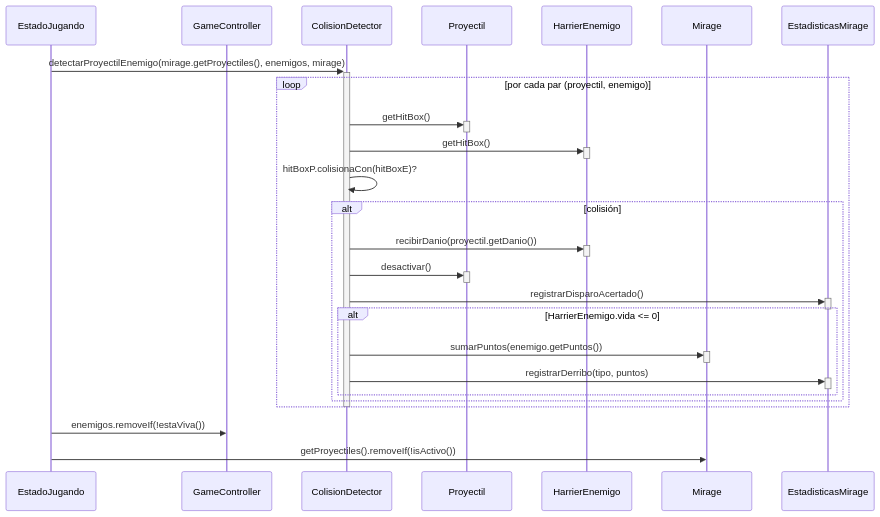
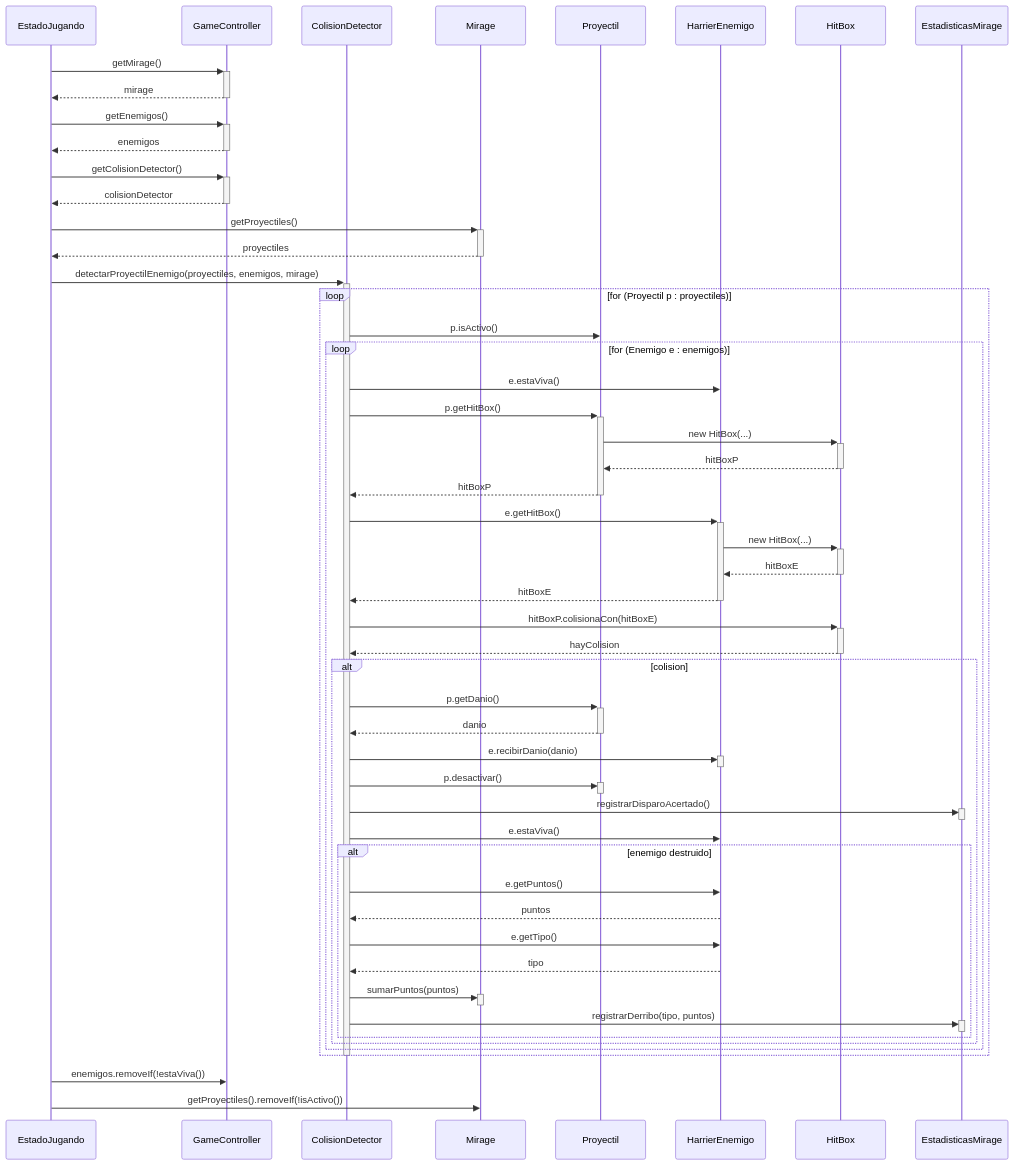
Before and after one commit to Christian-Rojas-Rodriguez/juego-1982: the fifth of 9 diagrams in docs/v1/analisis/casos-de-uso.md, drawn with Mermaid. The commit also changed 1 other file, not shown here.

Commit message:
docs: modificar CD y SD del UC-04

````diff
--- a/docs/v1/analisis/casos-de-uso.md
+++ b/docs/v1/analisis/casos-de-uso.md
@@ -160,36 +160,63 @@
 ```mermaid
 sequenceDiagram
     participant EstadoJugando
     participant GameController
     participant ColisionDetector
+    participant Mirage
     participant Proyectil
     participant HarrierEnemigo
-    participant Mirage
+    participant HitBox
     participant EstadisticasMirage
 
-    EstadoJugando->>+ColisionDetector: detectarProyectilEnemigo(mirage.getProyectiles(), enemigos, mirage)
-    loop por cada par (proyectil, enemigo)
-        ColisionDetector->>+Proyectil: getHitBox()
-        deactivate Proyectil
-        ColisionDetector->>+HarrierEnemigo: getHitBox()
-        deactivate HarrierEnemigo
-        ColisionDetector->>ColisionDetector: hitBoxP.colisionaCon(hitBoxE)?
-        alt colisión
-            ColisionDetector->>+HarrierEnemigo: recibirDanio(proyectil.getDanio())
-            deactivate HarrierEnemigo
-            ColisionDetector->>+Proyectil: desactivar()
-            deactivate Proyectil
-            ColisionDetector->>+EstadisticasMirage: registrarDisparoAcertado()
-            deactivate EstadisticasMirage
-            alt HarrierEnemigo.vida <= 0
-                ColisionDetector->>+Mirage: sumarPuntos(enemigo.getPuntos())
-                deactivate Mirage
-                ColisionDetector->>+EstadisticasMirage: registrarDerribo(tipo, puntos)
+    EstadoJugando->>+GameController: getMirage()
+    GameController-->>-EstadoJugando: mirage
+    EstadoJugando->>+GameController: getEnemigos()
+    GameController-->>-EstadoJugando: enemigos
+    EstadoJugando->>+GameController: getColisionDetector()
+    GameController-->>-EstadoJugando: colisionDetector
+    EstadoJugando->>+Mirage: getProyectiles()
+    Mirage-->>-EstadoJugando: proyectiles
+
+    EstadoJugando->>+ColisionDetector: detectarProyectilEnemigo(proyectiles, enemigos, mirage)
+    loop for (Proyectil p : proyectiles)
+        ColisionDetector->>Proyectil: p.isActivo()
+        loop for (Enemigo e : enemigos)
+            ColisionDetector->>HarrierEnemigo: e.estaViva()
+            ColisionDetector->>+Proyectil: p.getHitBox()
+            Proyectil->>+HitBox: new HitBox(...)
+            HitBox-->>-Proyectil: hitBoxP
+            Proyectil-->>-ColisionDetector: hitBoxP
+            ColisionDetector->>+HarrierEnemigo: e.getHitBox()
+            HarrierEnemigo->>+HitBox: new HitBox(...)
+            HitBox-->>-HarrierEnemigo: hitBoxE
+            HarrierEnemigo-->>-ColisionDetector: hitBoxE
+            ColisionDetector->>+HitBox: hitBoxP.colisionaCon(hitBoxE)
+            HitBox-->>-ColisionDetector: hayColision
+            alt colision
+                ColisionDetector->>+Proyectil: p.getDanio()
+                Proyectil-->>-ColisionDetector: danio
+                ColisionDetector->>+HarrierEnemigo: e.recibirDanio(danio)
+                deactivate HarrierEnemigo
+                ColisionDetector->>+Proyectil: p.desactivar()
+                deactivate Proyectil
+                ColisionDetector->>+EstadisticasMirage: registrarDisparoAcertado()
                 deactivate EstadisticasMirage
+                ColisionDetector->>HarrierEnemigo: e.estaViva()
+                alt enemigo destruido
+                    ColisionDetector->>HarrierEnemigo: e.getPuntos()
+                    HarrierEnemigo-->>ColisionDetector: puntos
+                    ColisionDetector->>HarrierEnemigo: e.getTipo()
+                    HarrierEnemigo-->>ColisionDetector: tipo
+                    ColisionDetector->>+Mirage: sumarPuntos(puntos)
+                    deactivate Mirage
+                    ColisionDetector->>+EstadisticasMirage: registrarDerribo(tipo, puntos)
+                    deactivate EstadisticasMirage
+                end
             end
         end
     end
     deactivate ColisionDetector
+
     EstadoJugando->>GameController: enemigos.removeIf(!estaViva())
     EstadoJugando->>Mirage: getProyectiles().removeIf(!isActivo())
 ```
````
